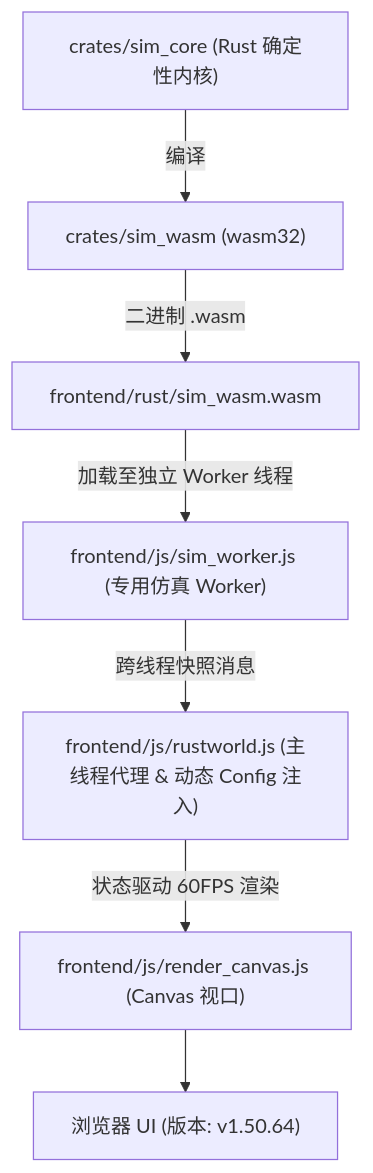
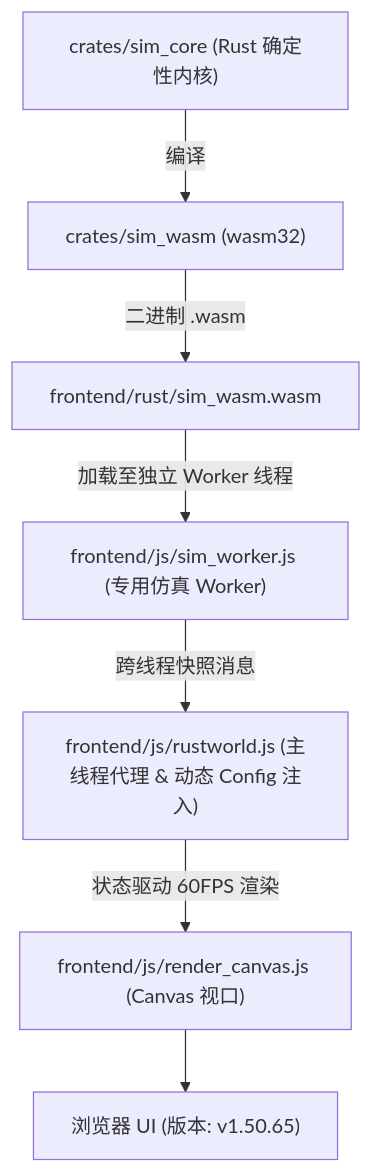
One commit to g39088902/FlowAndAccord changed the diagram in AGENTS.md. Above: the diagram before and after it, drawn with Mermaid. The commit also changed other lines of this file and 16 other files, not shown here.

````diff
--- a/AGENTS.md
+++ b/AGENTS.md
@@ -61,10 +61,10 @@
 ```mermaid
 graph TD
     A["crates/sim_core (Rust 确定性内核)"] -->|编译| B["crates/sim_wasm (wasm32)"]
     B -->|二进制 .wasm| C["frontend/rust/sim_wasm.wasm"]
     C -->|加载至独立 Worker 线程| D["frontend/js/sim_worker.js (专用仿真 Worker)"]
     D -->|跨线程快照消息| E["frontend/js/rustworld.js (主线程代理 & 动态 Config 注入)"]
     E -->|状态驱动 60FPS 渲染| F["frontend/js/render_canvas.js (Canvas 视口)"]
-    F --> G["浏览器 UI (版本: v1.50.64)"]
+    F --> G["浏览器 UI (版本: v1.50.65)"]
 
 ```
````
